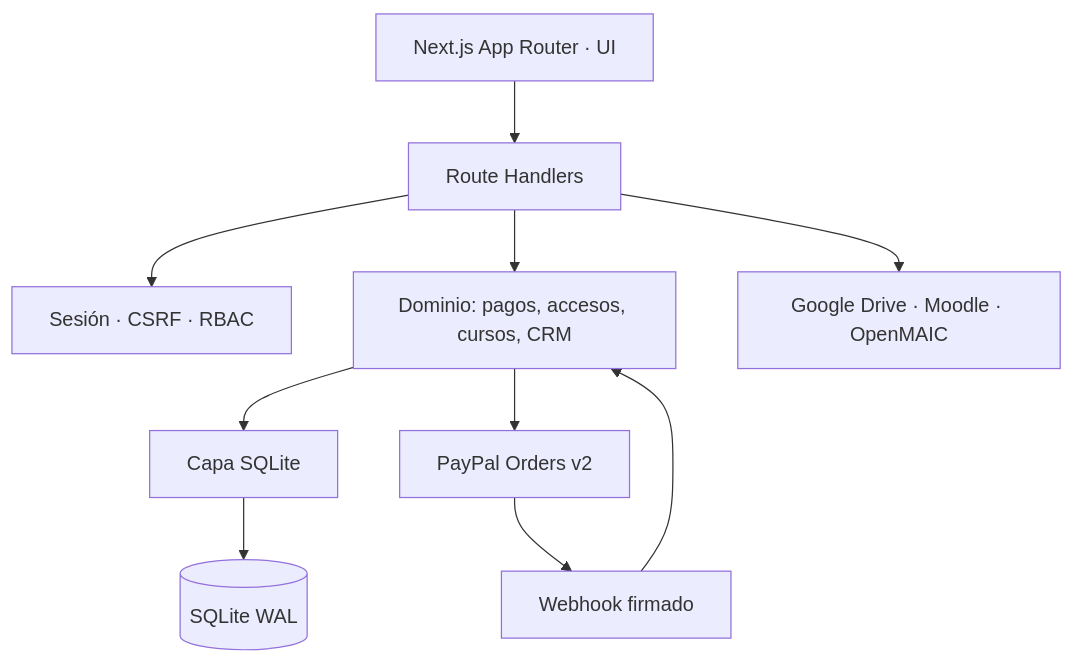
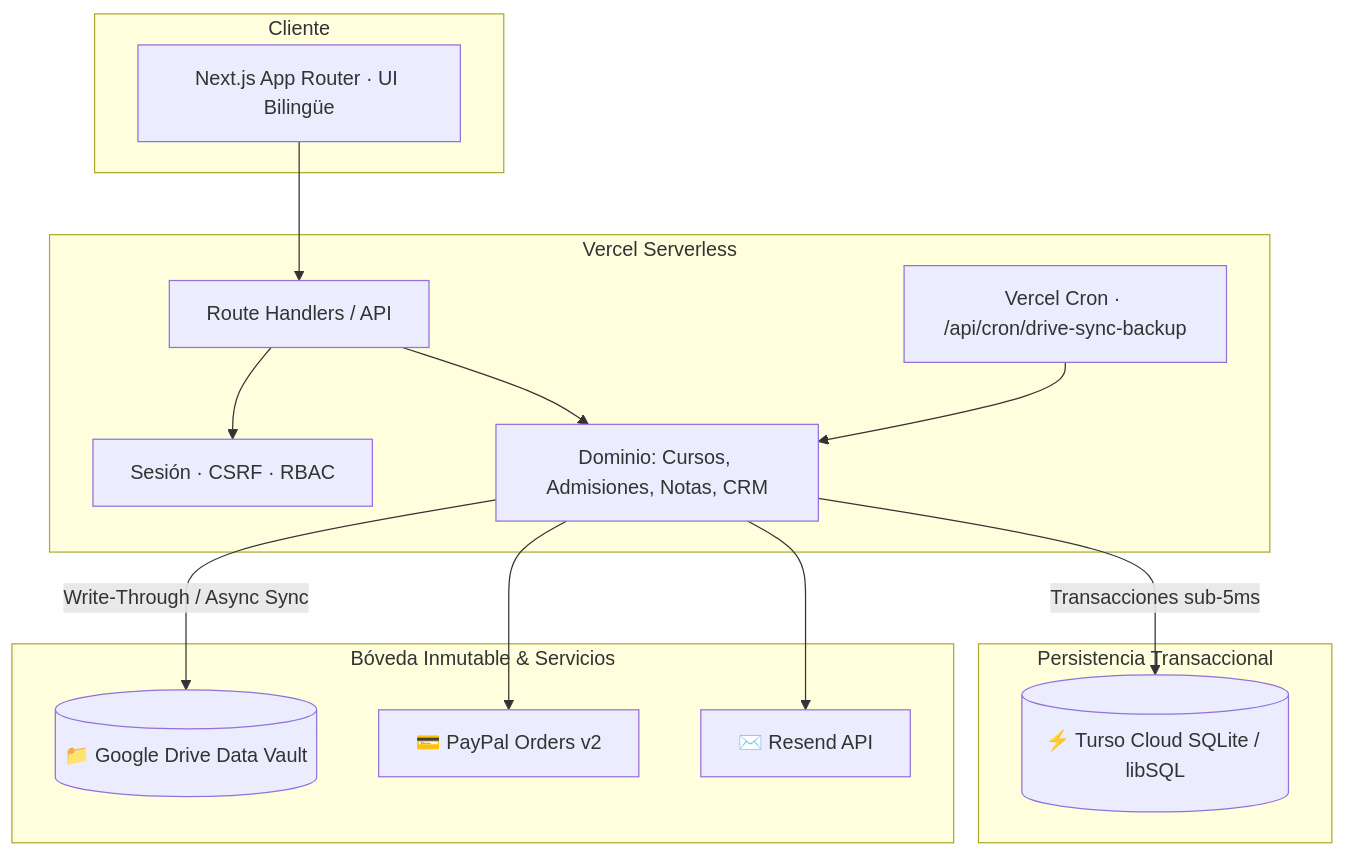
One commit to rpmministry/wisdom-academy-platform changed the first of 2 diagrams in docs/ARCHITECTURE.md. Above: the diagram before and after it, drawn with Mermaid. The commit also changed other lines of this file and 2 other files, not shown here.

Commit message:
docs: modern world-class readme and serverless architecture documentation

````diff
--- a/docs/ARCHITECTURE.md
+++ b/docs/ARCHITECTURE.md
@@ -16,12 +21,32 @@
 ```mermaid
 flowchart TB
-    UI[Next.js App Router · UI] --> API[Route Handlers]
-    API --> AUTH[Sesión · CSRF · RBAC]
-    API --> DOM[Dominio: pagos, accesos, cursos, CRM]
-    DOM --> DAL[Capa SQLite]
-    DAL --> DB[(SQLite WAL)]
-    DOM --> PAY[PayPal Orders v2]
-    PAY --> HOOK[Webhook firmado]
-    HOOK --> DOM
-    API --> INT[Google Drive · Moodle · OpenMAIC]
+    subgraph Cliente
+        UI[Next.js App Router · UI Bilingüe]
+    end
+
+    subgraph Vercel Serverless
+        API[Route Handlers / API]
+        AUTH[Sesión · CSRF · RBAC]
+        CRON[Vercel Cron · /api/cron/drive-sync-backup]
+        DOM[Dominio: Cursos, Admisiones, Notas, CRM]
+    end
+
+    subgraph Persistencia Transaccional
+        TURSO[(⚡ Turso Cloud SQLite / libSQL)]
+    end
+
+    subgraph Bóveda Inmutable & Servicios
+        VAULT[(📁 Google Drive Data Vault)]
+        PAY[💳 PayPal Orders v2]
+        MAIL[✉️ Resend API]
+    end
+
+    UI --> API
+    API --> AUTH
+    API --> DOM
+    CRON --> DOM
+    DOM -->|Transacciones sub-5ms| TURSO
+    DOM -->|Write-Through / Async Sync| VAULT
+    DOM --> PAY
+    DOM --> MAIL
 ```
````
